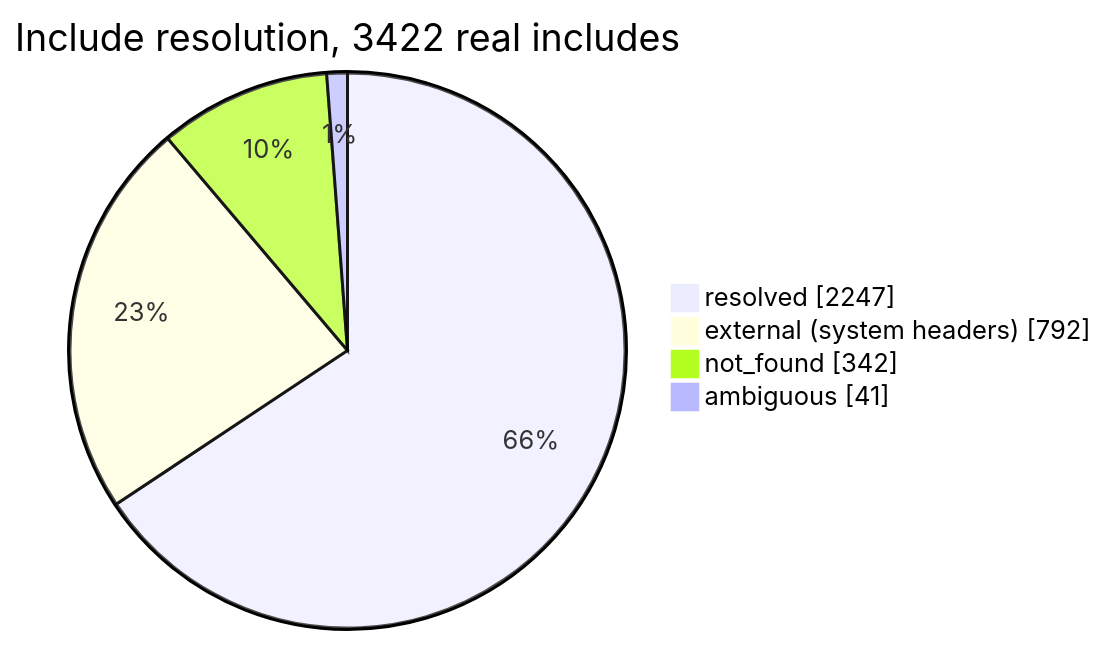
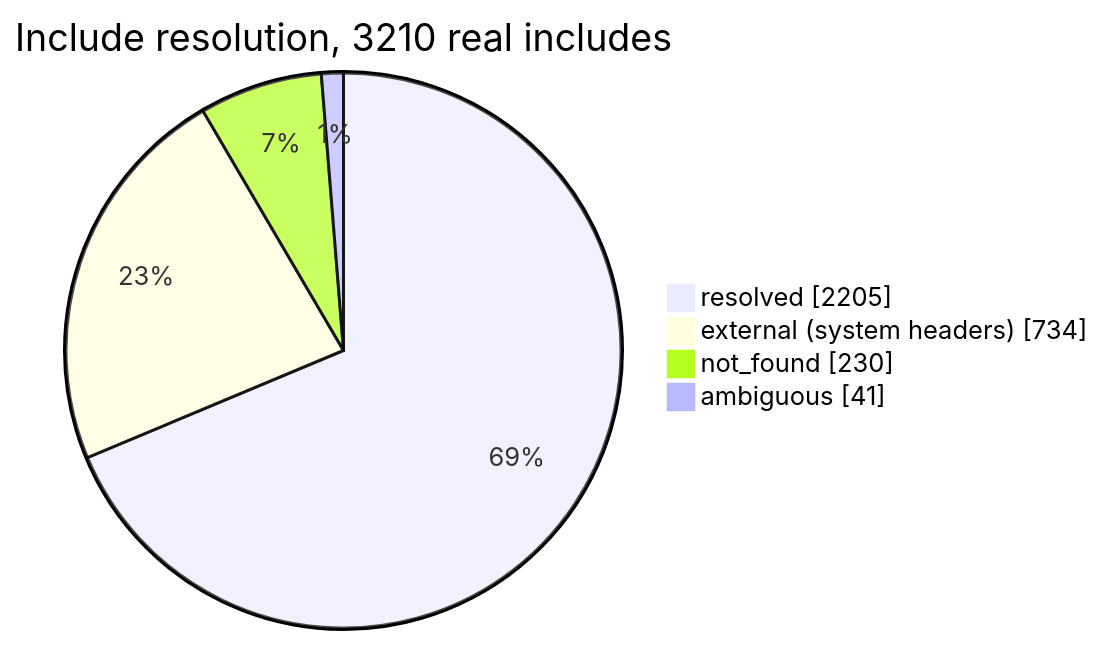
One commit to Binchitects/argus changed the first of 5 diagrams in docs/kpis.md. Above: the diagram before and after it, drawn with Mermaid. The commit also changed other lines of this file and 4 other files, not shown here.

````diff
--- a/docs/kpis.md
+++ b/docs/kpis.md
@@ -46,8 +52,8 @@
 ```mermaid
 pie showData
-    title Include resolution, 3422 real includes
-    "resolved" : 2247
-    "external (system headers)" : 792
-    "not_found" : 342
+    title Include resolution, 3210 real includes
+    "resolved" : 2205
+    "external (system headers)" : 734
+    "not_found" : 230
     "ambiguous" : 41
 ```
````
